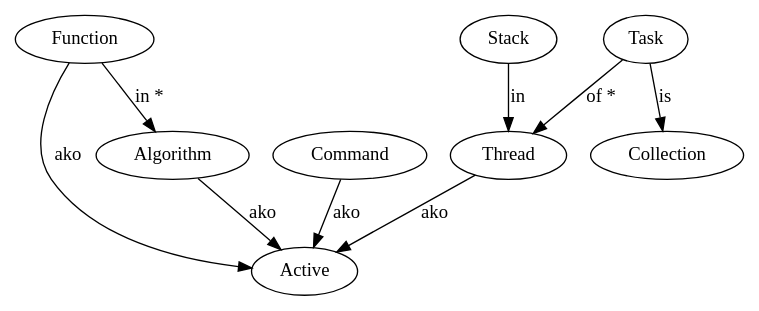
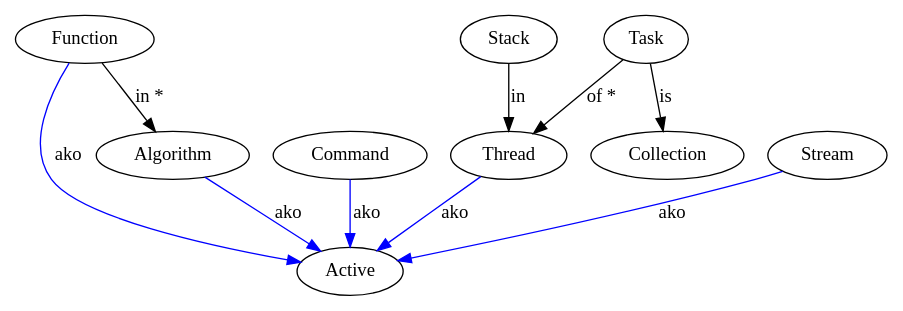
One commit to ponyatov/DLR changed the diagram in doc/sym/01.dot. Above: the diagram before and after it, drawn with Graphviz. The commit also changed 8 other files, not shown here.

```diff
--- a/doc/sym/01.dot
+++ b/doc/sym/01.dot
@@ -1,13 +1,14 @@
 digraph {
-Function -> Active [label=ako];
-Command -> Active [label=ako];
-Thread -> Active [label=ako];
-Algorithm -> Active [label=ako];
+Function -> Active [label=ako,color=blue];
+Command -> Active [label=ako,color=blue];
+Thread -> Active [label=ako,color=blue];
+Stream -> Active [label=ako,color=blue];
+Algorithm -> Active [label=ako,color=blue];
 Function -> Algorithm [label="in *"];
 Stack -> Thread [label=in];
 Task -> Collection [label=is];
 Task -> Thread [label="of *"];
-#Sort -> Algorithm [label=ako];
-#Index -> Algorithm [label=ako];
-#Search -> Algorithm [label=ako];
+#Sort -> Algorithm [label=ako,color=blue];
+#Index -> Algorithm [label=ako,color=blue];
+#Search -> Algorithm [label=ako,color=blue];
 }
```
